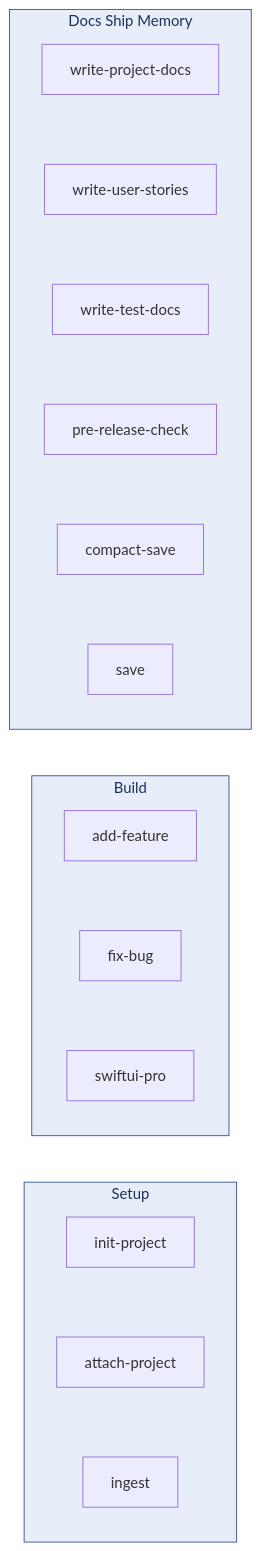
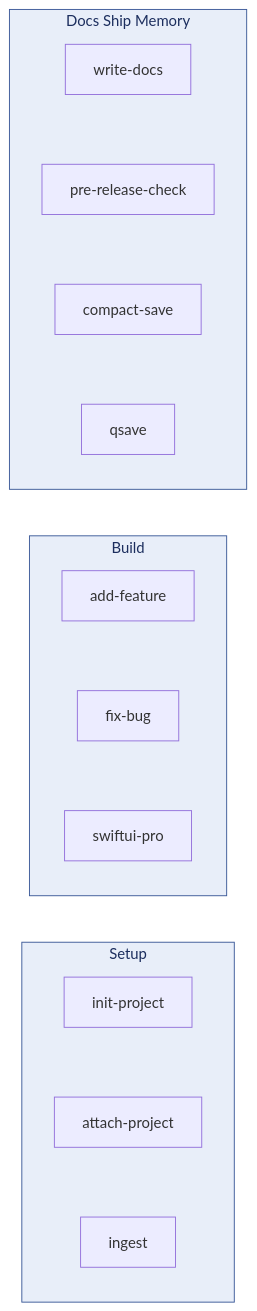
One commit to VladislavSournine/vladyslav-skills changed the diagram in docs/diagrams/skills-ecosystem.md. Above: the diagram before and after it, drawn with Mermaid. The commit also changed 26 other files, not shown here.

Commit message:
feat: merge save into qsave and write-* trio into write-docs

````diff
--- a/docs/diagrams/skills-ecosystem.md
+++ b/docs/diagrams/skills-ecosystem.md
@@ -5,33 +5,31 @@
 ```mermaid
 flowchart LR
     subgraph SETUP [Setup]
         direction TB
         s1[init-project]
         s2[attach-project]
         s3[ingest]
         s1 ~~~ s2 ~~~ s3
     end
 
 
     subgraph BUILD [Build]
         direction TB
         b1[add-feature]
         b2[fix-bug]
         b3[swiftui-pro]
         b1 ~~~ b2 ~~~ b3
     end
 
     subgraph SHIP [Docs Ship Memory]
         direction TB
-        sh1[write-project-docs]
-        sh2[write-user-stories]
-        sh3[write-test-docs]
+        sh1[write-docs]
         sh4[pre-release-check]
         sh5[compact-save]
-        sh6[save]
-        sh1 ~~~ sh2 ~~~ sh3 ~~~ sh4 ~~~ sh5 ~~~ sh6
+        sh6[qsave]
+        sh1 ~~~ sh4 ~~~ sh5 ~~~ sh6
     end
 
     classDef cluster fill:#e8eef9,stroke:#3b5998,color:#1c2e5e
     class SETUP,BUILD,SHIP cluster
 ```
````
